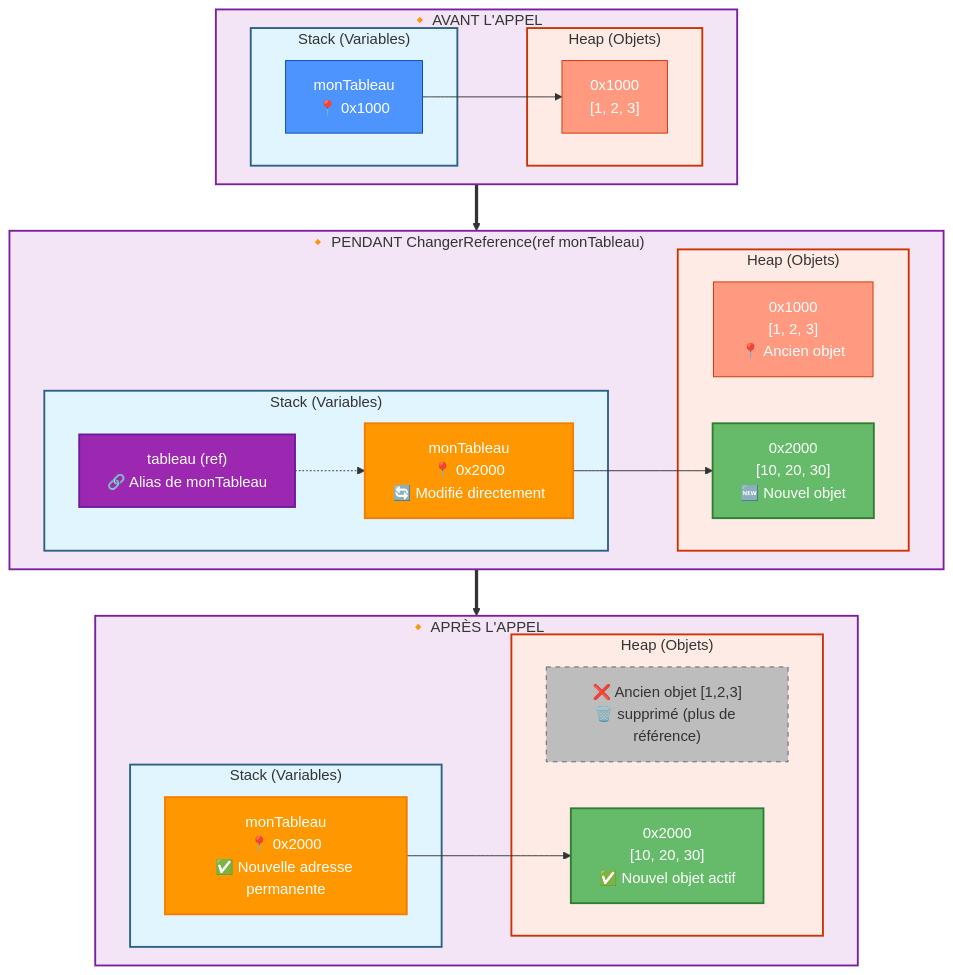
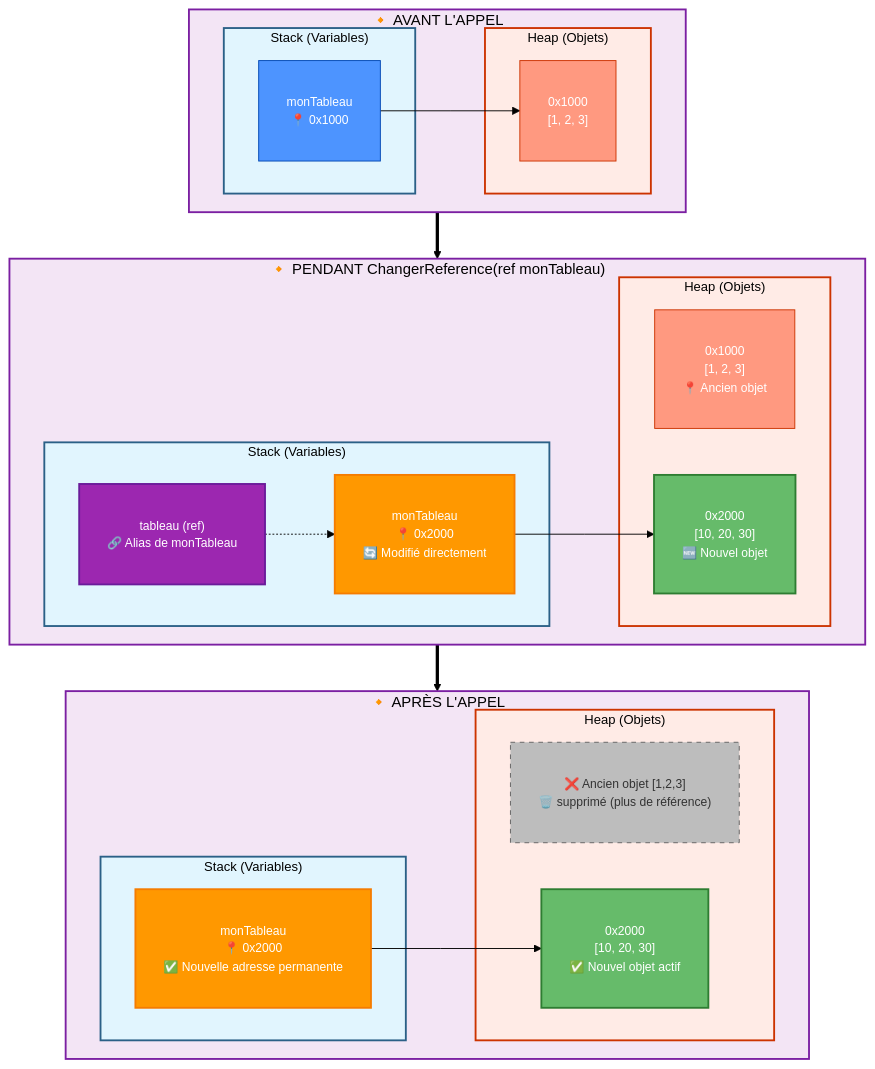
The fifth of 6 diagrams in docs/8-fonctions.md (fpluquet/csharp-intro-syllabus), drawn with Mermaid before and after one commit. The commit also changed other lines of this file, not shown here.

Commit message:
Enhance memory visualization in function documentation with updated Mermaid flowcharts and improved styling

````diff
--- a/docs/8-fonctions.md
+++ b/docs/8-fonctions.md
@@ -448,62 +454,63 @@
 ```mermaid
+%%{init: {'theme': 'base', 'themeVariables': { 'fontSize': '16px', 'fontFamily': 'Arial', 'primaryColor': '#ffffff', 'primaryTextColor': '#000000', 'primaryBorderColor': '#000000', 'lineColor': '#000000', 'nodeSpacing': 50, 'rankSpacing': 80, 'subgraphTextSize': '18px' }, 'flowchart': { 'useMaxWidth': true, 'htmlLabels': true, 'curve': 'linear' }}}%%
 flowchart TB
     subgraph Avant["🔸 AVANT L'APPEL"]
         direction LR
         subgraph Stack1["Stack (Variables)"]
             V1["monTableau<br/>📍 0x1000"]
         end
         subgraph Heap1["Heap (Objets)"]
             O1["0x1000<br/>[1, 2, 3]"]
         end
         V1 --> O1
     end
     
     subgraph Pendant["🔸 PENDANT ChangerReference(ref monTableau)"]
         direction LR
         subgraph Stack2["Stack (Variables)"]
             V2["monTableau<br/>📍 0x2000<br/>🔄 Modifié directement"]
             V3["tableau (ref)<br/>🔗 Alias de monTableau"]
         end
         subgraph Heap2["Heap (Objets)"]
             O2["0x1000<br/>[1, 2, 3]<br/>📍 Ancien objet"]
             O3["0x2000<br/>[10, 20, 30]<br/>🆕 Nouvel objet"]
         end
         V2 --> O3
         V3 -.-> V2
     end
     
     subgraph Apres["🔸 APRÈS L'APPEL"]
         direction LR
         subgraph Stack3["Stack (Variables)"]
             V4["monTableau<br/>📍 0x2000<br/>✅ Nouvelle adresse permanente"]
         end
         subgraph Heap3["Heap (Objets)"]
             O4["❌ Ancien objet [1,2,3]<br/>🗑️ supprimé (plus de référence)"]
             O5["0x2000<br/>[10, 20, 30]<br/>✅ Nouvel objet actif"]
         end
         V4 --> O5
     end
     
     Avant ==> Pendant
     Pendant ==> Apres
     
-    classDef stack fill:#e1f5fe,stroke:#2B6087,stroke-width:2px
-    classDef heap fill:#ffebe6,stroke:#CC3300,stroke-width:2px
-    classDef var fill:#4d94ff,stroke:#0047b3,stroke-width:1px,color:#fff
-    classDef varRef fill:#9c27b0,stroke:#6a1b9a,stroke-width:2px,color:#fff
-    classDef varChanged fill:#ff9800,stroke:#f57c00,stroke-width:2px,color:#fff
-    classDef obj fill:#ff9980,stroke:#cc3300,stroke-width:1px,color:#fff
-    classDef objNew fill:#66bb6a,stroke:#2e7d32,stroke-width:2px,color:#fff
-    classDef objDeleted fill:#bdbdbd,stroke:#616161,stroke-width:1px,color:#333,stroke-dasharray: 5 5
-    classDef phase fill:#f3e5f5,stroke:#7b1fa2,stroke-width:2px
+    classDef stack fill:#e1f5fe,stroke:#2B6087,stroke-width:2px,font-size:14px,color:#000
+    classDef heap fill:#ffebe6,stroke:#CC3300,stroke-width:2px,font-size:14px,color:#000
+    classDef var fill:#4d94ff,stroke:#0047b3,stroke-width:1px,color:#fff,font-size:13px,padding:8px
+    classDef varRef fill:#9c27b0,stroke:#6a1b9a,stroke-width:2px,color:#fff,font-size:13px,padding:8px
+    classDef varChanged fill:#ff9800,stroke:#f57c00,stroke-width:2px,color:#fff,font-size:13px,padding:8px
+    classDef obj fill:#ff9980,stroke:#cc3300,stroke-width:1px,color:#fff,font-size:13px,padding:8px
+    classDef objNew fill:#66bb6a,stroke:#2e7d32,stroke-width:2px,color:#fff,font-size:13px,padding:8px
+    classDef objDeleted fill:#bdbdbd,stroke:#616161,stroke-width:1px,color:#333,stroke-dasharray: 5 5,font-size:13px,padding:8px
+    classDef phase fill:#f3e5f5,stroke:#7b1fa2,stroke-width:2px,font-size:16px,color:#000
     
     class Stack1,Stack2,Stack3 stack
     class Heap1,Heap2,Heap3 heap
     class V1 var
     class V2,V4 varChanged
     class V3 varRef
     class O1,O2 obj
     class O3,O5 objNew
     class O4 objDeleted
     class Avant,Pendant,Apres phase
 ```
````
